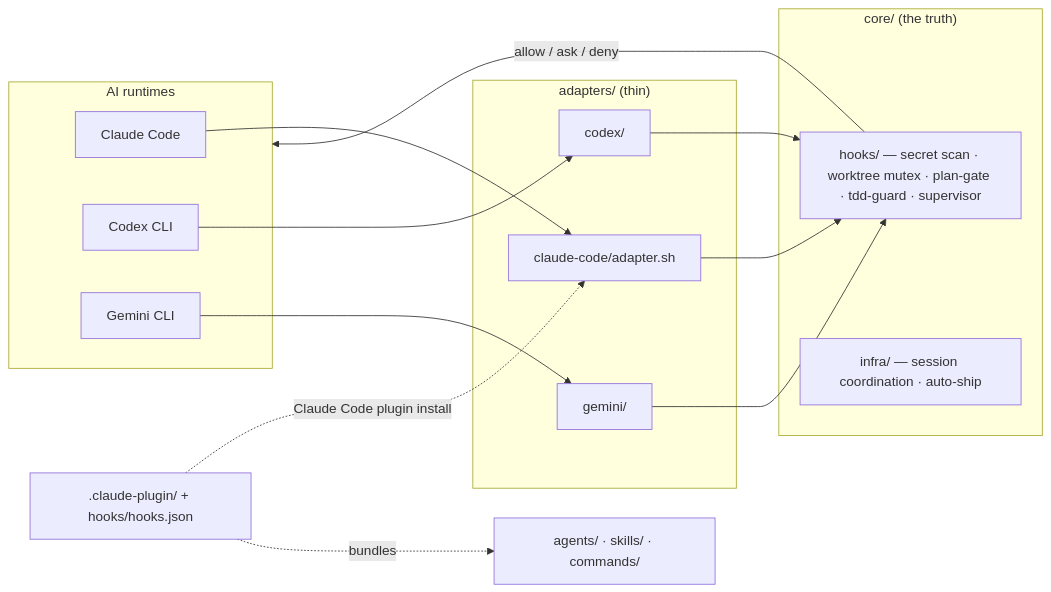
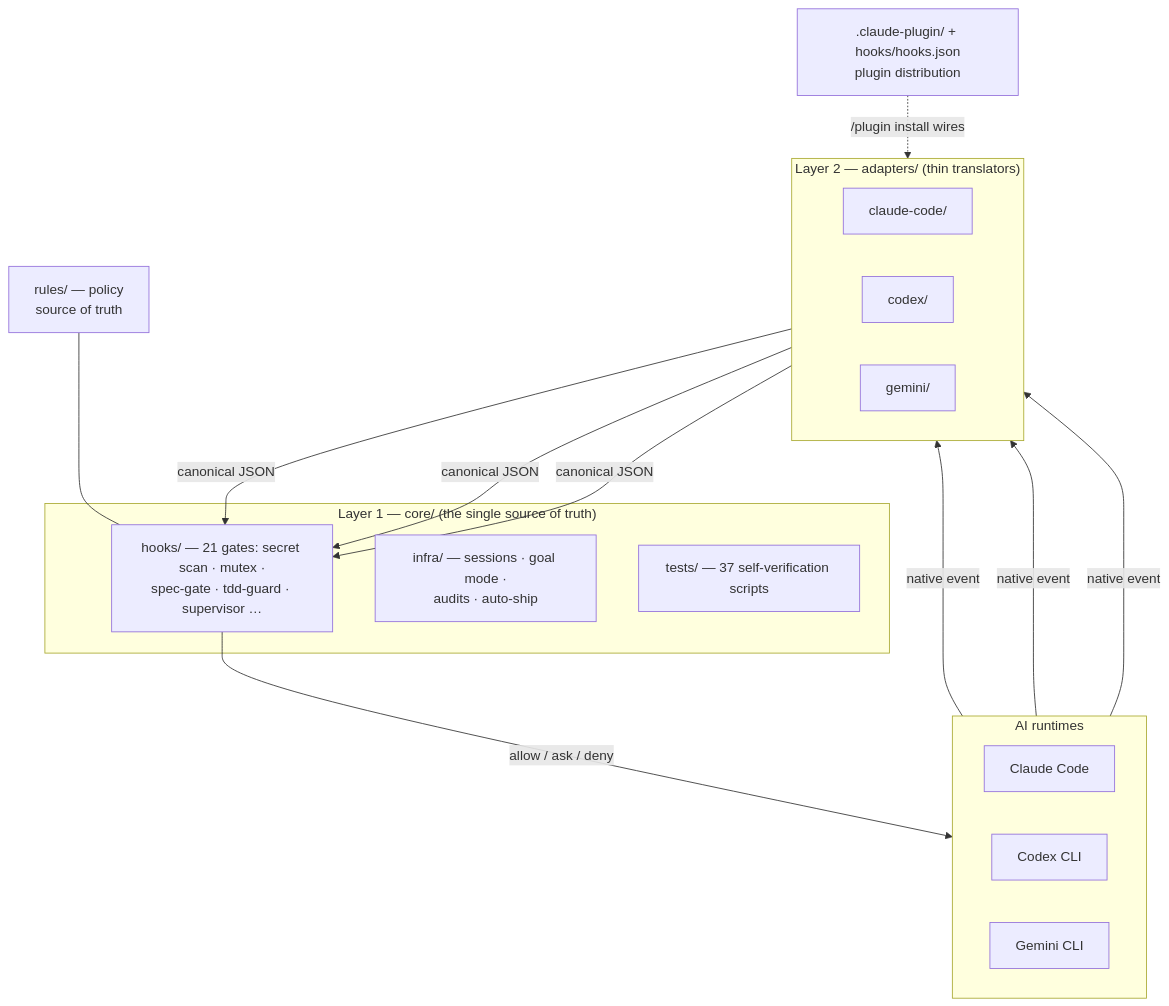
Before and after one commit to joymin5655/Agent: the second of 5 diagrams in README.md, drawn with Mermaid. The commit also changed other lines of this file and 1 other file, not shown here.

First line of the commit message:
docs: redesign README (en+ko) — pipeline-first structure, 5 diagrams, 0.5.1 sync

````diff
--- a/README.md
+++ b/README.md
@@ -130,24 +185,32 @@
 ```mermaid
-flowchart LR
-    subgraph AIs["AI runtimes"]
+flowchart TB
+    subgraph RT["AI runtimes"]
+        direction LR
         CC["Claude Code"]
         CX["Codex CLI"]
         GM["Gemini CLI"]
     end
-    subgraph Adapters["adapters/ (thin)"]
-        A1["claude-code/adapter.sh"]
+    subgraph AD["Layer 2 — adapters/ (thin translators)"]
+        direction LR
+        A1["claude-code/"]
         A2["codex/"]
         A3["gemini/"]
     end
-    subgraph Core["core/ (the truth)"]
-        H["hooks/ — secret scan · worktree mutex · plan-gate · tdd-guard · supervisor"]
-        I["infra/ — session coordination · auto-ship"]
+    subgraph CORE["Layer 1 — core/ (the single source of truth)"]
+        H["hooks/ — 21 gates: secret scan · mutex ·<br/>spec-gate · tdd-guard · supervisor …"]
+        I["infra/ — sessions · goal mode ·<br/>audits · auto-ship"]
+        T["tests/ — 37 self-verification scripts"]
     end
-    CC --> A1 --> H
-    CX --> A2 --> H
-    GM --> A3 --> H
-    H -->|allow / ask / deny| AIs
+    R["rules/ — policy<br/>source of truth"]
+    PLUG[".claude-plugin/ + hooks/hooks.json<br/>plugin distribution"]
 
-    PLUG[".claude-plugin/ + hooks/hooks.json"] -. "Claude Code plugin install" .-> A1
-    PLUG -. "bundles" .-> AG["agents/ · skills/ · commands/"]
+    CC -->|native event| A1
+    CX -->|native event| A2
+    GM -->|native event| A3
+    A1 -->|canonical JSON| H
+    A2 -->|canonical JSON| H
+    A3 -->|canonical JSON| H
+    H -->|"allow / ask / deny"| RT
+    R --- H
+    PLUG -. "/plugin install wires" .-> A1
 ```
````
